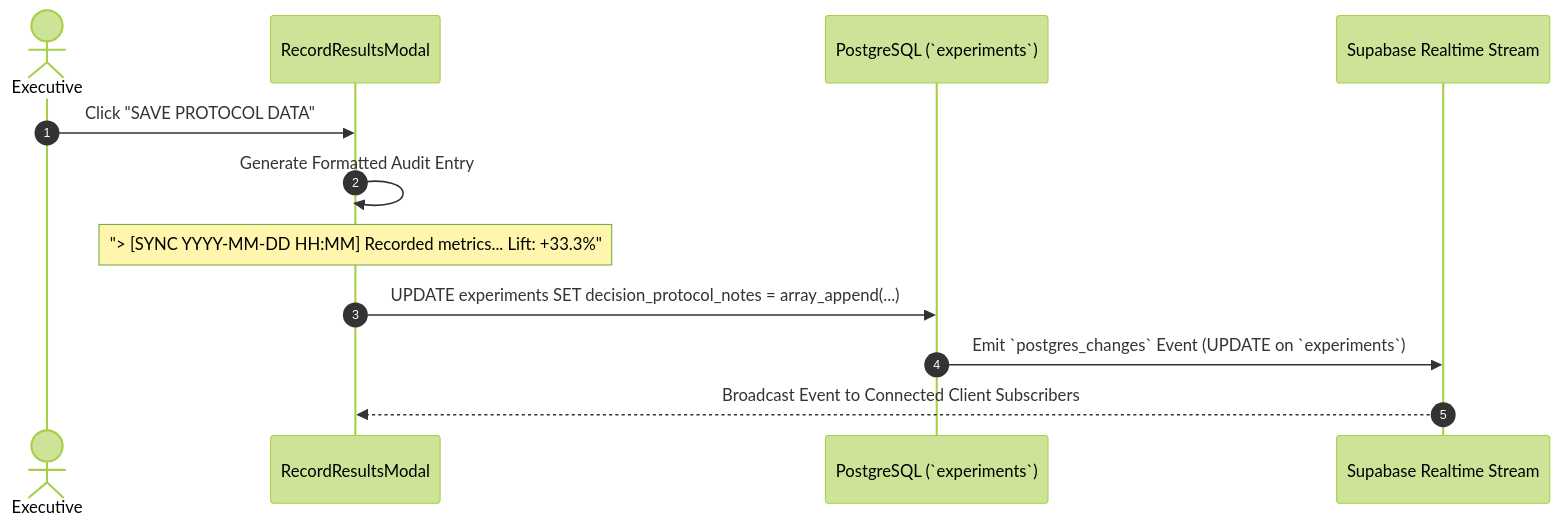
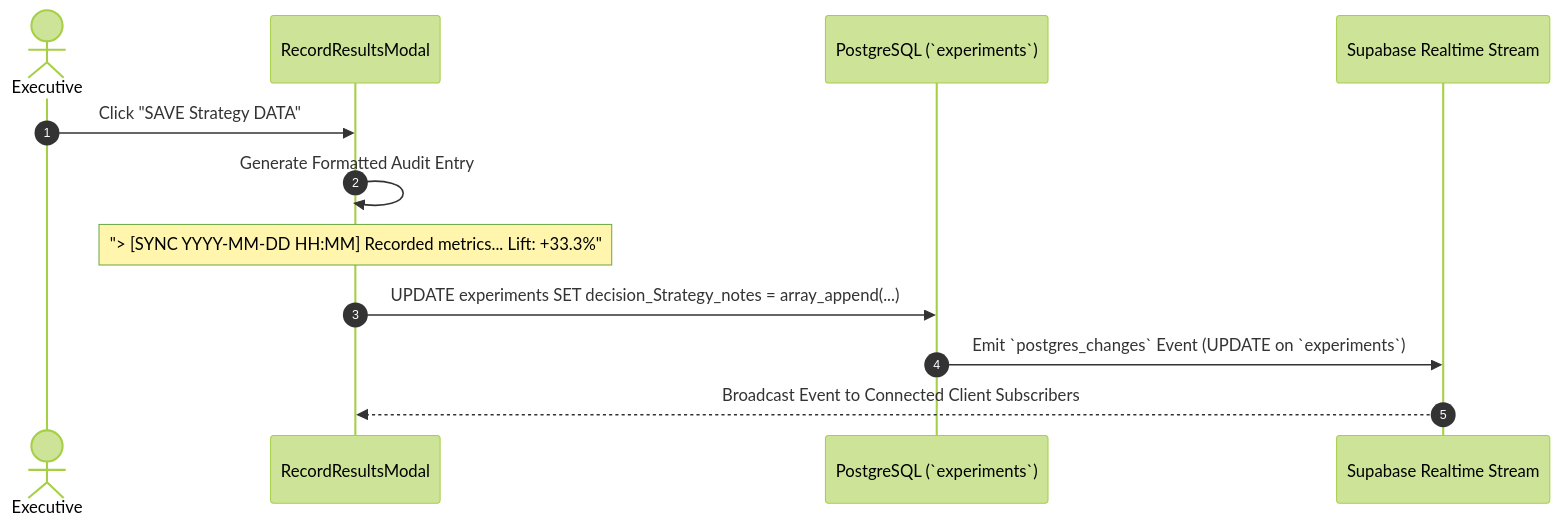
One commit to joshihridesh001-png/MIOS changed the diagram in docs/events.md. Above: the diagram before and after it, drawn with Mermaid (forest theme). The commit also changed other lines of this file and 24 other files, not shown here.

````diff
--- a/docs/events.md
+++ b/docs/events.md
@@ -8,15 +8,15 @@
 ```mermaid
 sequenceDiagram
     autonumber
     actor CEO as Executive
     participant Modal as RecordResultsModal
     participant DB as PostgreSQL (`experiments`)
     participant Channel as Supabase Realtime Stream
 
-    CEO->>Modal: Click "SAVE PROTOCOL DATA"
+    CEO->>Modal: Click "SAVE Strategy DATA"
     Modal->>Modal: Generate Formatted Audit Entry
     Note over Modal: "> [SYNC YYYY-MM-DD HH:MM] Recorded metrics... Lift: +33.3%"
-    Modal->>DB: UPDATE experiments SET decision_protocol_notes = array_append(...)
+    Modal->>DB: UPDATE experiments SET decision_Strategy_notes = array_append(...)
     DB->>Channel: Emit `postgres_changes` Event (UPDATE on `experiments`)
     Channel-->>Modal: Broadcast Event to Connected Client Subscribers
 ```
````
